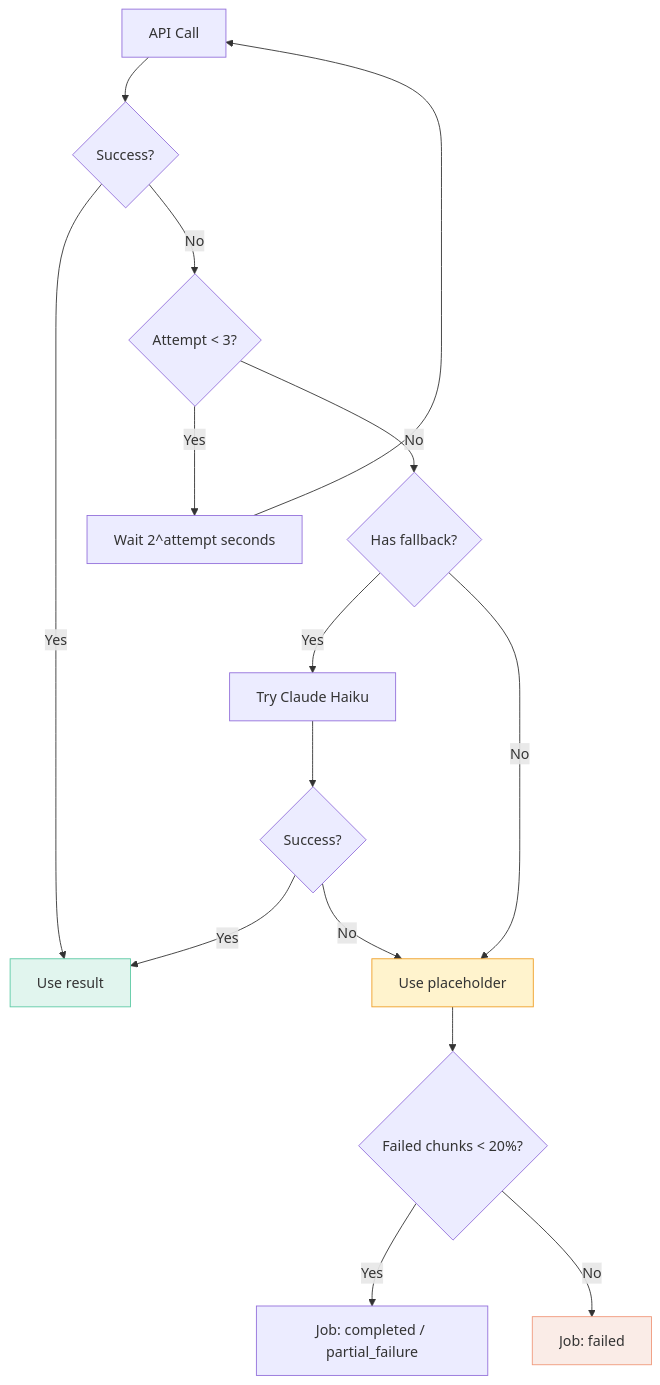
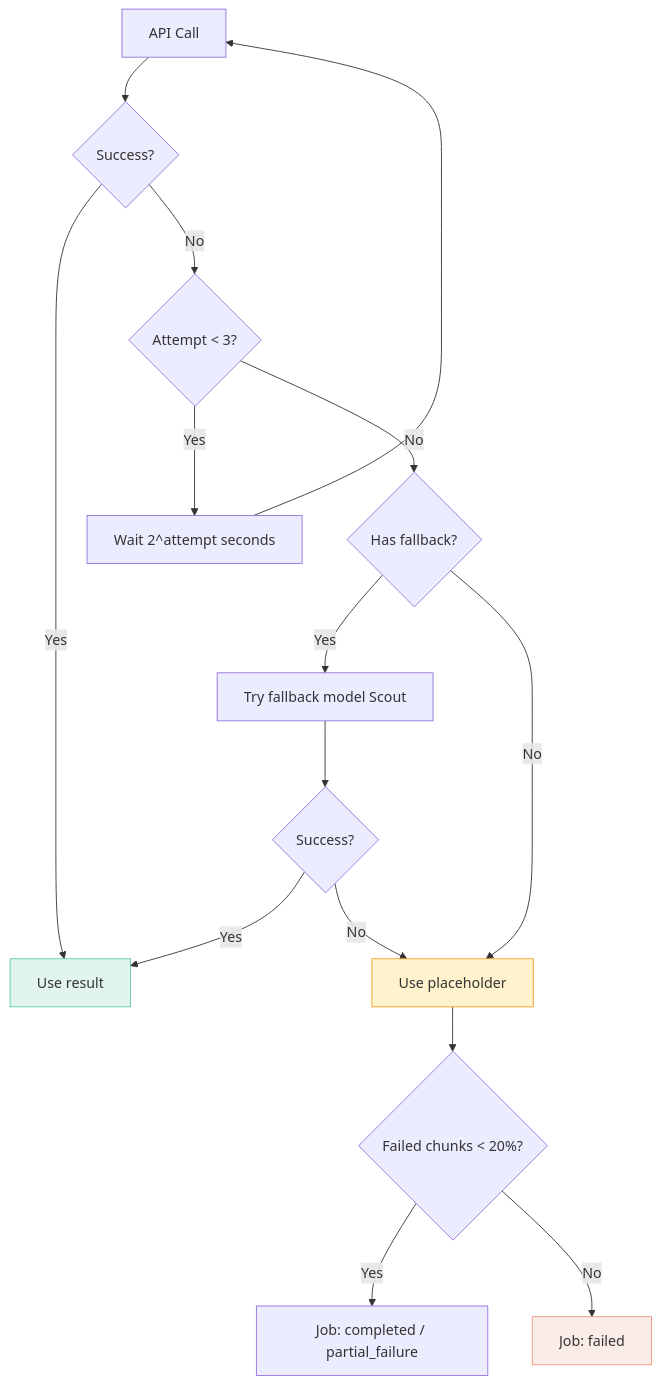
Before and after one commit to Learnheart/arxiv-to-speech: the sixth of 6 diagrams in init_flow.md, drawn with Mermaid. The commit also changed other lines of this file and 25 other files, not shown here.

First line of the commit message:
Update architecture docs to Groq, add tests and improve parser/text_cleaner

````diff
--- a/init_flow.md
+++ b/init_flow.md
@@ -375,22 +374,22 @@
 ```mermaid
 flowchart TD
     A[API Call] --> B{Success?}
     B -->|Yes| C[Use result]
     B -->|No| D{Attempt < 3?}
     D -->|Yes| E[Wait 2^attempt seconds]
     E --> A
     D -->|No| F{Has fallback?}
-    F -->|Yes| G[Try Claude Haiku]
+    F -->|Yes| G[Try fallback model Scout]
     G --> H{Success?}
     H -->|Yes| C
     H -->|No| I[Use placeholder]
     F -->|No| I
 
     I --> J{Failed chunks < 20%?}
     J -->|Yes| K[Job: completed / partial_failure]
     J -->|No| L[Job: failed]
 
     style C fill:#E1F5EE,stroke:#5DCAA5
     style I fill:#FFF3CD,stroke:#EF9F27
     style L fill:#FAECE7,stroke:#F0997B
 ```
````
